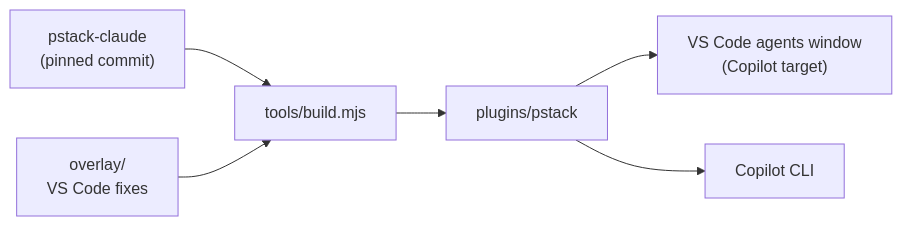
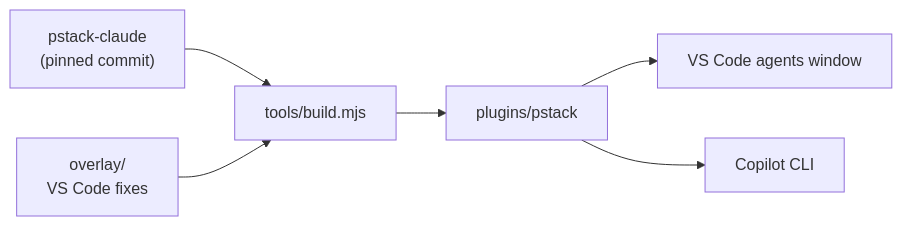
One commit to hackernotfound/pstack-vscode changed the diagram in README.md. Above: the diagram before and after it, drawn with Mermaid. The commit also changed other lines of this file and 1 other file, not shown here.

````diff
--- a/README.md
+++ b/README.md
@@ -117,8 +106,8 @@
 ```mermaid
 flowchart LR
   A["pstack-claude<br/>(pinned commit)"] --> B["tools/build.mjs"]
   O["overlay/<br/>VS Code fixes"] --> B
   B --> P["plugins/pstack"]
-  P --> V["VS Code agents window<br/>(Copilot target)"]
+  P --> V["VS Code agents window"]
   P --> C["Copilot CLI"]
 ```
````
